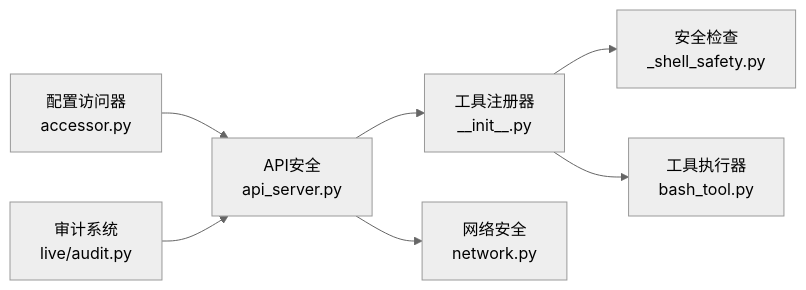
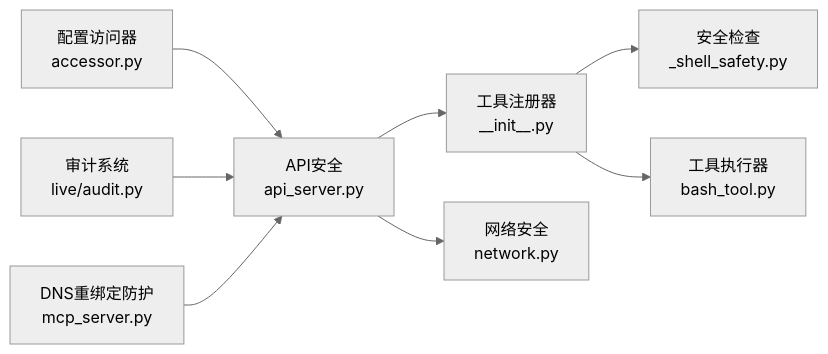
Before and after one commit to 20012002er/Vibe-Trading: the sixth of 6 diagrams in .qoder/repowiki/zh/content/AI代理系统/工具系统/工具安全控制.md, drawn with Mermaid (neutral theme). The commit also changed other lines of this file and 67 other files, not shown here.

````diff
--- a/.qoder/repowiki/zh/content/AI代理系统/工具系统/工具安全控制.md
+++ b/.qoder/repowiki/zh/content/AI代理系统/工具系统/工具安全控制.md
@@ -265,9 +299,10 @@
 ```mermaid
 graph LR
 Registry["工具注册器<br/>__init__.py"] --> Safety["安全检查<br/>_shell_safety.py"]
 Registry --> Tools["工具执行器<br/>bash_tool.py"]
 Security["API安全<br/>api_server.py"] --> Registry
 Security --> Network["网络安全<br/>network.py"]
 Config["配置访问器<br/>accessor.py"] --> Security
 Audit["审计系统<br/>live/audit.py"] --> Security
+DNSGuard["DNS重绑定防护<br/>mcp_server.py"] --> Security
 ```
````
